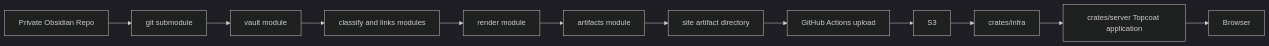
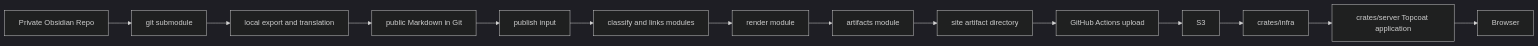
Before and after one commit to okawak/okawak_blog: the first of 4 diagrams in docs/architecture/architecture.md, drawn with Mermaid (dark theme). The commit also changed other lines of this file and 36 other files, not shown here.

````diff
--- a/docs/architecture/architecture.md
+++ b/docs/architecture/architecture.md
@@ -23,14 +23,16 @@
 ```mermaid
 flowchart LR
     A[Private Obsidian Repo] --> B[git submodule]
-    B --> C[vault module]
+    B --> E1[local export and translation]
+    E1 --> E2[public Markdown in Git]
+    E2 --> C[publish input]
     C --> D[classify and links modules]
     D --> E[render module]
     E --> F[artifacts module]
     F --> G[site artifact directory]
     G --> H[GitHub Actions upload]
     H --> I[S3]
     I --> J[crates/infra]
     J --> K[crates/server Topcoat application]
     K --> M[Browser]
 ```
````
